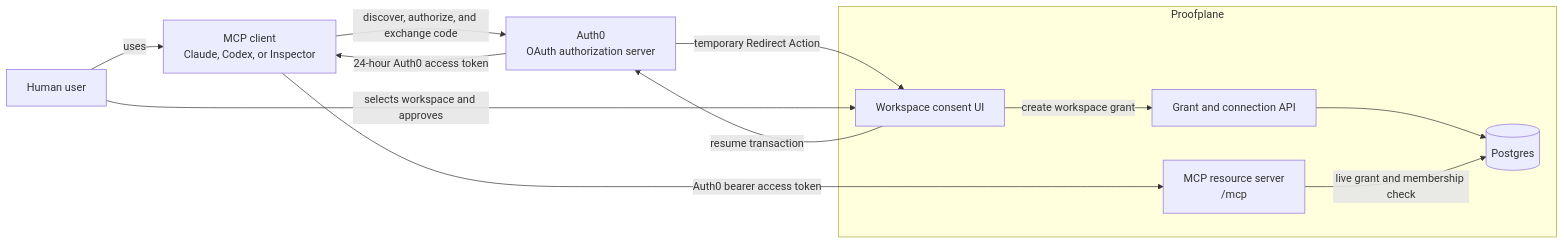
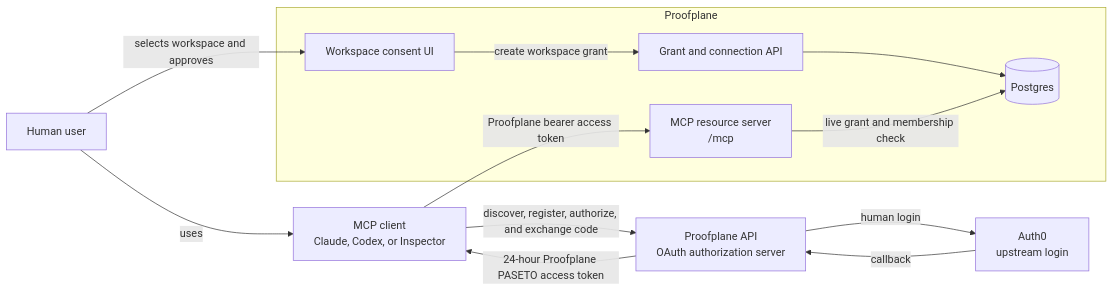
One commit to proofplane/proofplane changed the first of 4 diagrams in docs/epics/agent-connector-onboarding/spec.md. Above: the diagram before and after it, drawn with Mermaid. The commit also changed other lines of this file and 92 other files, not shown here.

````diff
--- a/docs/epics/agent-connector-onboarding/spec.md
+++ b/docs/epics/agent-connector-onboarding/spec.md
@@ -117,24 +121,25 @@
 ```mermaid
 flowchart LR
     U[Human user]
     C[MCP client<br/>Claude, Codex, or Inspector]
-    I[Auth0<br/>OAuth authorization server]
+    P[Proofplane API<br/>OAuth authorization server]
+    I[Auth0<br/>upstream login]
 
-    subgraph P[Proofplane]
+    subgraph PP[Proofplane]
         M[MCP resource server<br/>/mcp]
         W[Workspace consent UI]
         A[Grant and connection API]
         D[(Postgres)]
     end
 
     U -->|uses| C
-    C -->|discover, authorize, and exchange code| I
-    I -->|temporary Redirect Action| W
+    C -->|discover, register, authorize, and exchange code| P
+    P -->|human login| I
+    I -->|callback| P
     U -->|selects workspace and approves| W
     W -->|create workspace grant| A
     A --> D
-    W -->|resume transaction| I
-    I -->|24-hour Auth0 access token| C
-    C -->|Auth0 bearer access token| M
+    P -->|24-hour Proofplane PASETO access token| C
+    C -->|Proofplane bearer access token| M
     M -->|live grant and membership check| D
 ```
````
